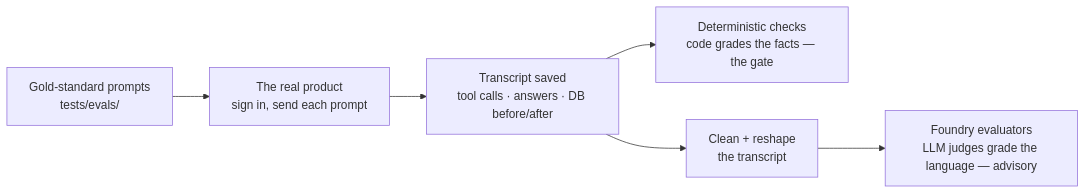
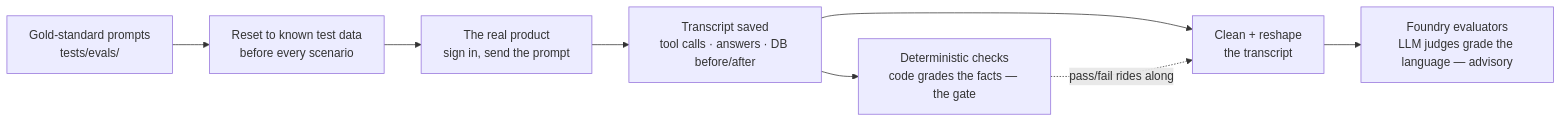
Before and after one commit to DanGiannone1/csa-workbench: the diagram in testing/agent-evals.md, drawn with Mermaid. The commit also changed other lines of this file and 6 other files, not shown here.

````diff
--- a/testing/agent-evals.md
+++ b/testing/agent-evals.md
@@ -15,8 +15,10 @@
 ```mermaid
 flowchart LR
-    A["Gold-standard prompts<br/>tests/evals/"] --> B["The real product<br/>sign in, send each prompt"]
-    B --> C["Transcript saved<br/>tool calls · answers · DB before/after"]
-    C --> D["Deterministic checks<br/>code grades the facts — the gate"]
-    C --> E["Clean + reshape<br/>the transcript"]
-    E --> F["Foundry evaluators<br/>LLM judges grade the language — advisory"]
+    A["Gold-standard prompts<br/>tests/evals/"] --> B["Reset to known test data<br/>before every scenario"]
+    B --> C["The real product<br/>sign in, send the prompt"]
+    C --> D["Transcript saved<br/>tool calls · answers · DB before/after"]
+    D --> E["Deterministic checks<br/>code grades the facts — the gate"]
+    D --> F["Clean + reshape<br/>the transcript"]
+    E -. "pass/fail rides along" .-> F
+    F --> G["Foundry evaluators<br/>LLM judges grade the language — advisory"]
 ```
````
